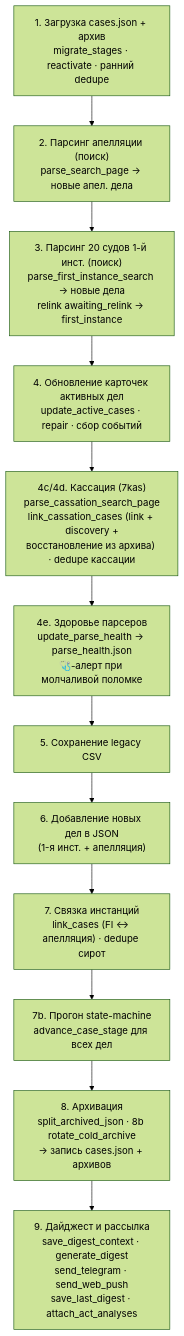
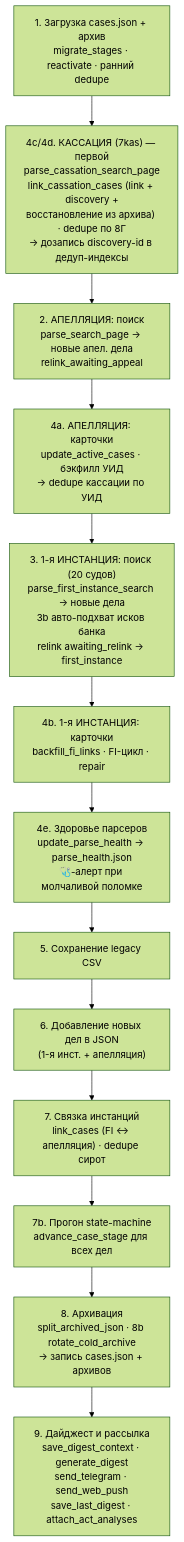
The diagram in docs/technical/05-конвейер-обновления.md (SelivanovAS/dashboard), drawn with Mermaid (forest theme) before and after one commit. The commit also changed other lines of this file and 6 other files, not shown here.

First line of the commit message:
Порядок парсинга инстанций: кассация → апелляция → 1-я инстанция (решение юриста)

````diff
--- a/docs/technical/05-конвейер-обновления.md
+++ b/docs/technical/05-конвейер-обновления.md
@@ -39,15 +64,16 @@
 ```mermaid
 flowchart TD
-    A["1. Загрузка cases.json + архив<br/>migrate_stages · reactivate · ранний dedupe"] --> B
-    B["2. Парсинг апелляции (поиск)<br/>parse_search_page → новые апел. дела"] --> C
-    C["3. Парсинг 20 судов 1-й инст. (поиск)<br/>parse_first_instance_search → новые дела<br/>relink awaiting_relink → first_instance"] --> D
-    D["4. Обновление карточек активных дел<br/>update_active_cases · repair · сбор событий"] --> E
-    E["4c/4d. Кассация (7kas)<br/>parse_cassation_search_page<br/>link_cassation_cases (link + discovery +<br/>восстановление из архива) · dedupe кассации"] --> E2
+    A["1. Загрузка cases.json + архив<br/>migrate_stages · reactivate · ранний dedupe"] --> E
+    E["4c/4d. КАССАЦИЯ (7kas) — первой<br/>parse_cassation_search_page<br/>link_cassation_cases (link + discovery +<br/>восстановление из архива) · dedupe по 8Г<br/>→ дозапись discovery-id в дедуп-индексы"] --> B
+    B["2. АПЕЛЛЯЦИЯ: поиск<br/>parse_search_page → новые апел. дела<br/>relink_awaiting_appeal"] --> D
+    D["4a. АПЕЛЛЯЦИЯ: карточки<br/>update_active_cases · бэкфилл УИД<br/>→ dedupe кассации по УИД"] --> C
+    C["3. 1-я ИНСТАНЦИЯ: поиск (20 судов)<br/>parse_first_instance_search → новые дела<br/>3b авто-подхват исков банка<br/>relink awaiting_relink → first_instance"] --> D2
+    D2["4b. 1-я ИНСТАНЦИЯ: карточки<br/>backfill_fi_links · FI-цикл · repair"] --> E2
     E2["4e. Здоровье парсеров<br/>update_parse_health → parse_health.json<br/>🩺-алерт при молчаливой поломке"] --> F
     F["5. Сохранение legacy CSV"] --> G
     G["6. Добавление новых дел в JSON<br/>(1-я инст. + апелляция)"] --> H
     H["7. Связка инстанций<br/>link_cases (FI ↔ апелляция) · dedupe сирот"] --> I
     I["7b. Прогон state-machine<br/>advance_case_stage для всех дел"] --> J
     J["8. Архивация<br/>split_archived_json · 8b rotate_cold_archive<br/>→ запись cases.json + архивов"] --> K
     K["9. Дайджест и рассылка<br/>save_digest_context · generate_digest<br/>send_telegram · send_web_push<br/>save_last_digest · attach_act_analyses"]
 ```
````
